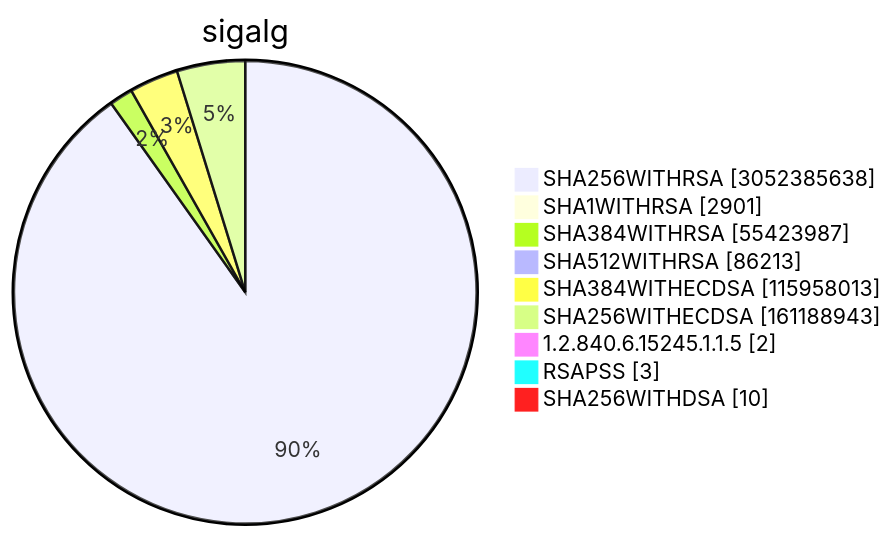
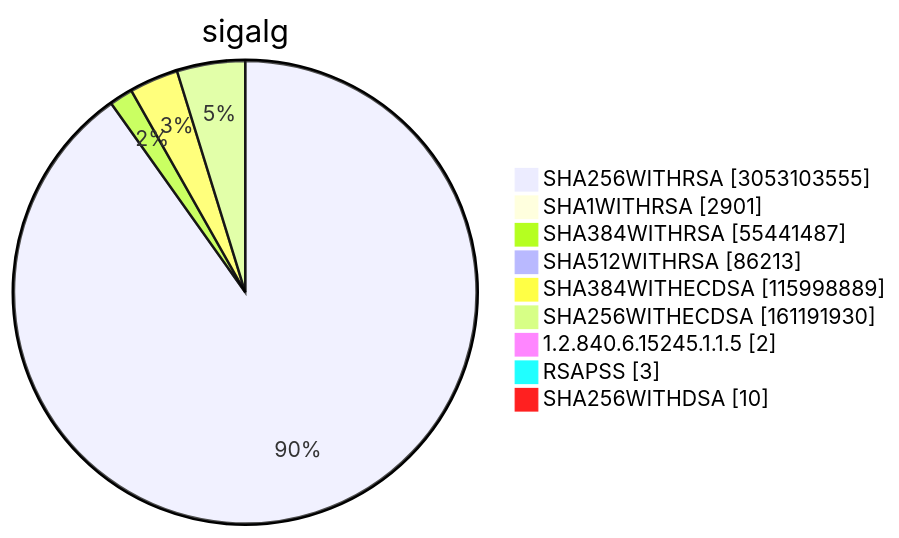
Before and after one commit to christiankrug/ctmonitor_visualization: diagram 15 of 15 in TOTAL/README.md, drawn with Mermaid. The commit also changed other lines of this file, not shown here.

````diff
--- a/TOTAL/README.md
+++ b/TOTAL/README.md
@@ -6209,13 +6209,13 @@
 ```mermaid
 pie showData
 title sigalg
-"SHA256WITHRSA" :3052385638
+"SHA256WITHRSA" :3053103555
 "SHA1WITHRSA" :2901
-"SHA384WITHRSA" :55423987
+"SHA384WITHRSA" :55441487
 "SHA512WITHRSA" :86213
-"SHA384WITHECDSA" :115958013
-"SHA256WITHECDSA" :161188943
+"SHA384WITHECDSA" :115998889
+"SHA256WITHECDSA" :161191930
 "1.2.840.6.15245.1.1.5" :2
 "RSAPSS" :3
 "SHA256WITHDSA" :10
 ```
````
